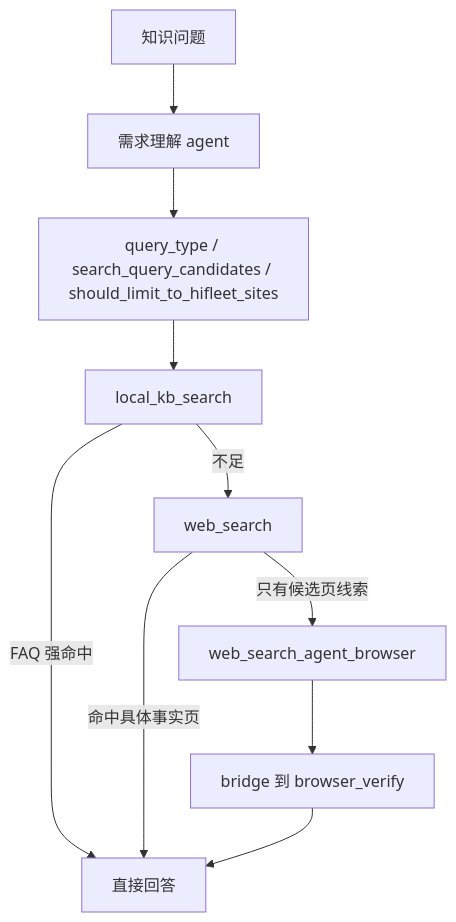
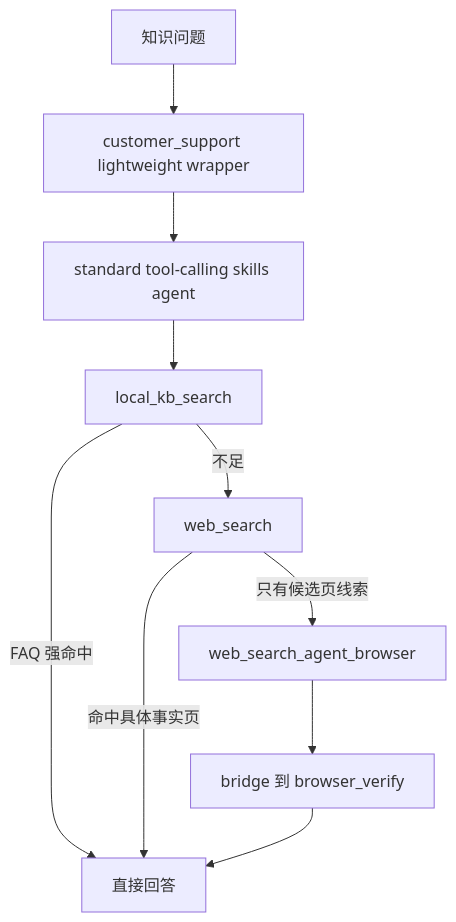
The diagram in docs/KNOWLEDGE_BASE_GUIDE.md (lr12338/hifleet-agent), drawn with Mermaid before and after one commit. The commit also changed other lines of this file and 41 other files, not shown here.

````diff
--- a/docs/KNOWLEDGE_BASE_GUIDE.md
+++ b/docs/KNOWLEDGE_BASE_GUIDE.md
@@ -22,12 +22,12 @@
 ```mermaid
 flowchart TD
-    Q[知识问题] --> U[需求理解 agent]
-    U --> V["query_type / search_query_candidates / should_limit_to_hifleet_sites"]
-    V --> A[local_kb_search]
+    Q[知识问题] --> W[customer_support lightweight wrapper]
+    W --> M[standard tool-calling skills agent]
+    M --> A[local_kb_search]
     A -->|FAQ 强命中| Done[直接回答]
     A -->|不足| B[web_search]
     B -->|命中具体事实页| Done
     B -->|只有候选页线索| C[web_search_agent_browser]
     C --> D[bridge 到 browser_verify]
     D --> Done
 ```
````
